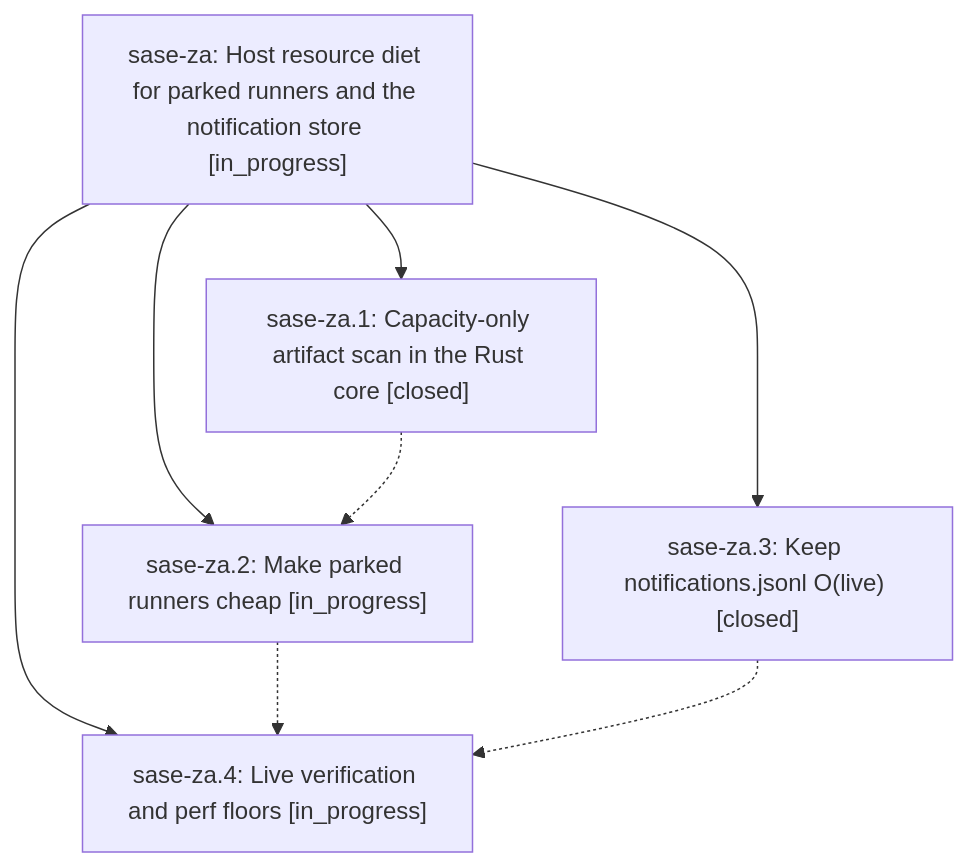
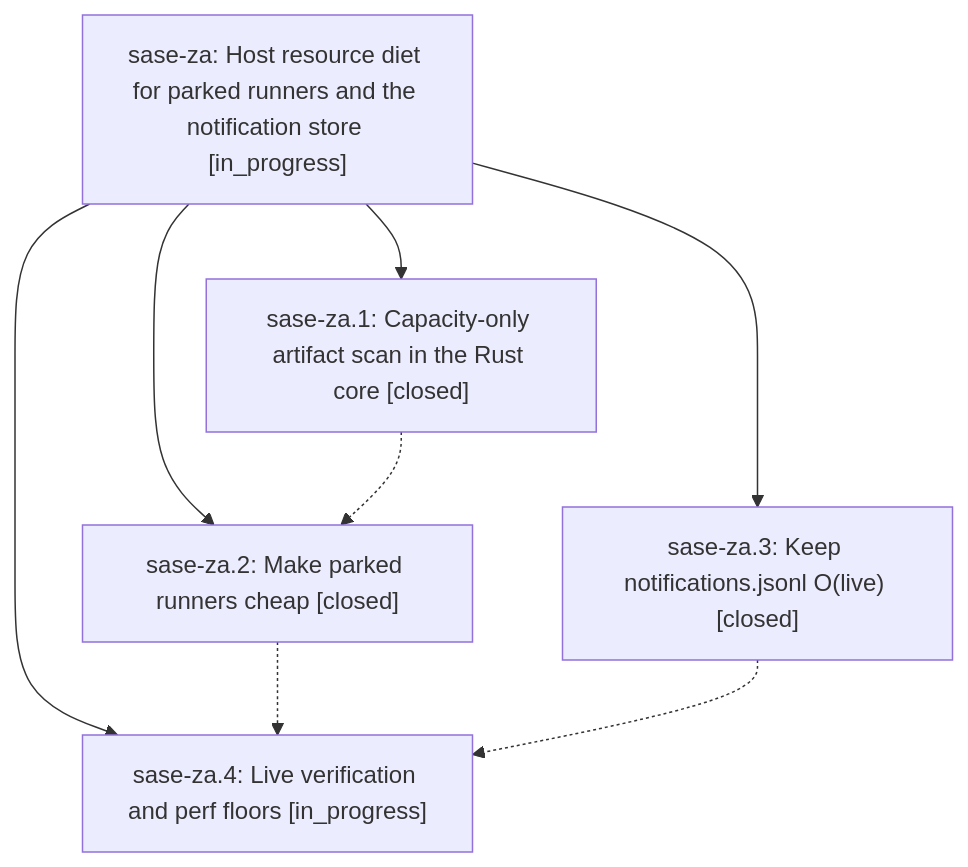
The diagram in pages/sase-za/README.md (sase-org/sase--beads), drawn with Mermaid before and after one commit. The commit also changed other lines of this file and 3 other files, not shown here.

````diff
--- a/pages/sase-za/README.md
+++ b/pages/sase-za/README.md
@@ -37,15 +37,15 @@
 ```mermaid
 flowchart TD
     n0["sase-za: Host resource diet for parked runners and the notification store [in_progress]"]
     n1["sase-za.1: Capacity-only artifact scan in the Rust core [closed]"]
-    n2["sase-za.2: Make parked runners cheap [in_progress]"]
+    n2["sase-za.2: Make parked runners cheap [closed]"]
     n3["sase-za.3: Keep notifications.jsonl O(live) [closed]"]
     n4["sase-za.4: Live verification and perf floors [in_progress]"]
     n0 --> n1
     n0 --> n2
     n0 --> n3
     n0 --> n4
     n1 -.-> n2
     n2 -.-> n4
     n3 -.-> n4
 ```
````
